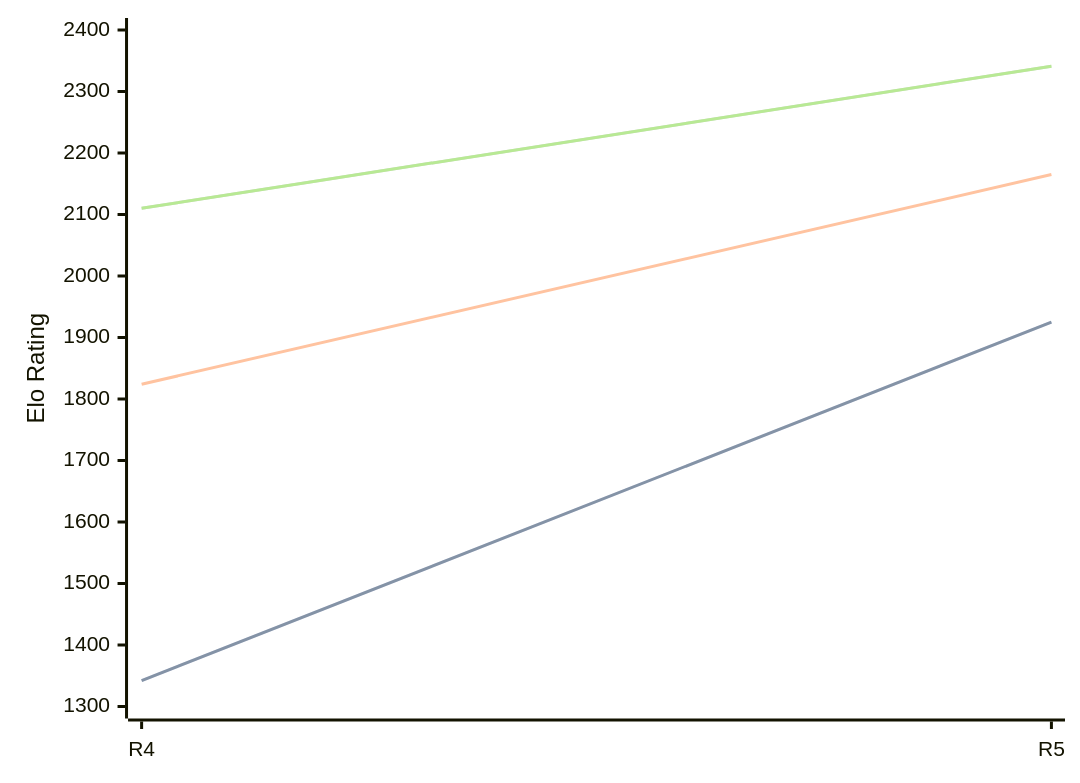
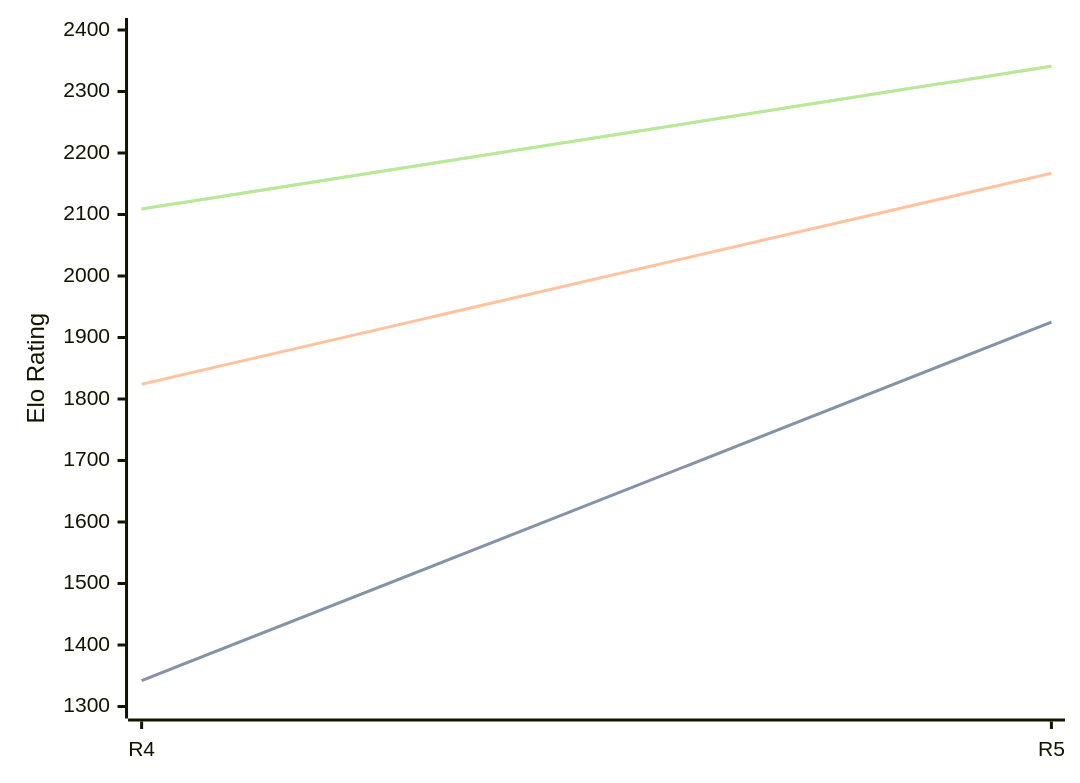
The diagram in engines/Viking.md (computer-chess-index/cci), drawn with Mermaid before and after one commit. The commit also changed other lines of this file, not shown here.

Commit message:
Update CCI Ratings (ELO VLTC) - 2026-06-10

````diff
--- a/engines/Viking.md
+++ b/engines/Viking.md
@@ -35,11 +35,11 @@
 ```mermaid
 %%{init: {"theme":"base","themeVariables":{"seriesColors:['#a3a3a3','#222221','#faa371']}}}%%
 xychart-beta
   x-axis ["R4", "R5"]
   y-axis "Elo Rating" 1300 --> 2400
   line "STC (8.0+0.08s)" [1342, 1925]
   line "STC (8.0+0.08s)" [1342, 1925]
-  line "LTC (60.0+0.60s)" [1824, 2165]
-  line "VLTC (2m24s+1.12s)" [2110, 2341]
-  line "VLTC (2m24s+1.12s)" [2110, 2341]
+  line "LTC (60.0+0.60s)" [1824, 2167]
+  line "VLTC (2m24s+1.12s)" [2109, 2341]
+  line "VLTC (2m24s+1.12s)" [2109, 2341]
 ```
````
